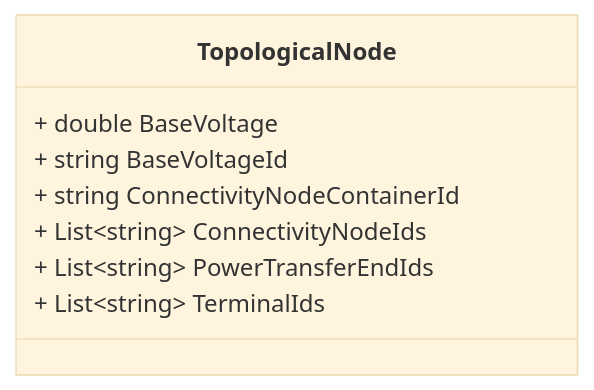
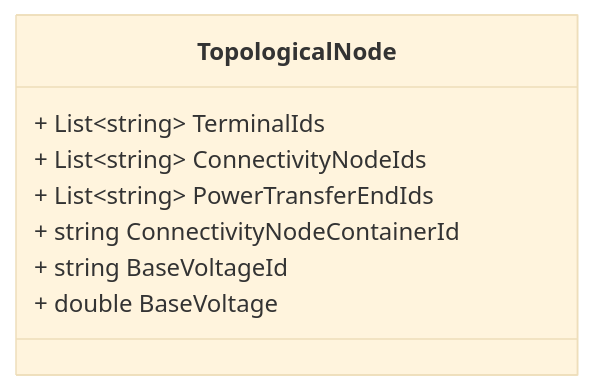
The second of 4 diagrams in docs/topology.proto.md (zaphiro-technologies/protobuf), drawn with Mermaid (base theme) before and after one commit. The commit also changed other lines of this file and 12 other files, not shown here.

First line of the commit message:
Replace custom proto-gen-md-diagrams with official one (#50)

````diff
--- a/docs/topology.proto.md
+++ b/docs/topology.proto.md
@@ -47,18 +47,18 @@
 ```mermaid
 classDiagram
 direction LR
 
 %% A topology Node information.
 %% * To be used in ComputedTopology message.
 %% 
 
 class TopologicalNode {
-  + double BaseVoltage
-  + string BaseVoltageId
-  + string ConnectivityNodeContainerId
+  + List~string~ TerminalIds
   + List~string~ ConnectivityNodeIds
   + List~string~ PowerTransferEndIds
-  + List~string~ TerminalIds
+  + string ConnectivityNodeContainerId
+  + string BaseVoltageId
+  + double BaseVoltage
 }
 
 ```
````
